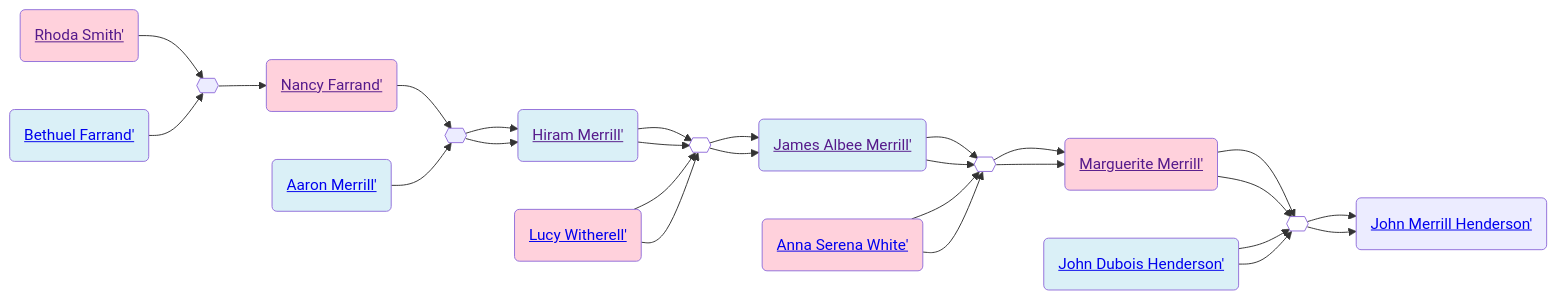
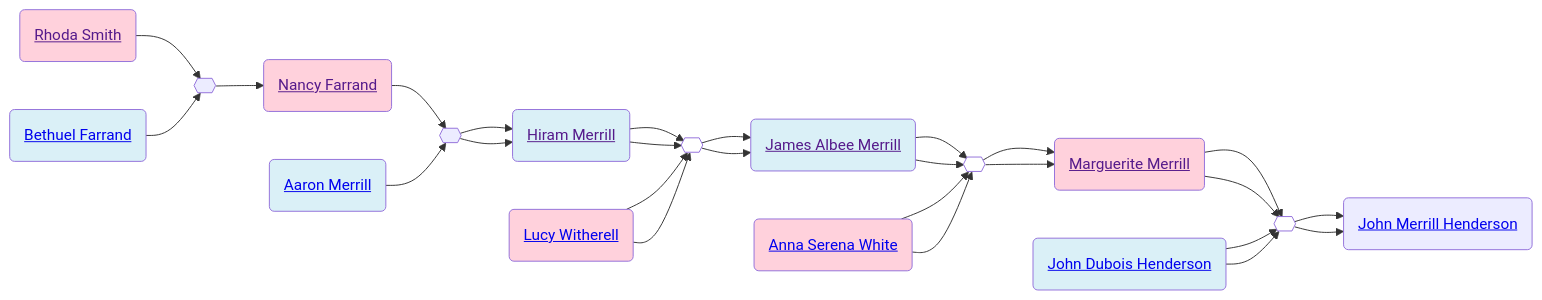
One commit to neelsmith/avocational changed the diagram in familyhistory/sources/people/Merrill-line/Rhoda_Smith.qmd. Above: the diagram before and after it, drawn with Mermaid. The commit also changed 96 other files, not shown here.

````diff
--- a/familyhistory/sources/people/Merrill-line/Rhoda_Smith.qmd
+++ b/familyhistory/sources/people/Merrill-line/Rhoda_Smith.qmd
@@ -26,59 +26,59 @@
 ```{mermaid}
 graph LR
 %% LR descendant diagram
 class Rhoda_Smith_and_Bethuel_Farrand marriage
-Rhoda_Smith(<a href=''>Rhoda Smith'</>) --> Rhoda_Smith_and_Bethuel_Farrand{{ }}
-Bethuel_Farrand(<a href='./White-line/Grandey/Bethuel_Farrand.html'>Bethuel Farrand'</>) --> Rhoda_Smith_and_Bethuel_Farrand{{ }}
+Rhoda_Smith(<a href=''>Rhoda Smith</a>) --> Rhoda_Smith_and_Bethuel_Farrand{{ }}
+Bethuel_Farrand(<a href='./White-line/Grandey/Bethuel_Farrand.html'>Bethuel Farrand</a>) --> Rhoda_Smith_and_Bethuel_Farrand{{ }}
 class Bethuel_Farrand father
 class Rhoda_Smith mother
-Rhoda_Smith_and_Bethuel_Farrand{{ }} --> Nancy_Farrand(<a href='./Nancy_Farrand.html'>Nancy Farrand'</>)
+Rhoda_Smith_and_Bethuel_Farrand{{ }} --> Nancy_Farrand(<a href='./Nancy_Farrand.html'>Nancy Farrand</a>)
 class Nancy_Farrand_and_Aaron_Merrill marriage
-Nancy_Farrand(<a href=''>Nancy Farrand'</>) --> Nancy_Farrand_and_Aaron_Merrill{{ }}
-Aaron_Merrill(<a href='./Aaron_Merrill.html'>Aaron Merrill'</>) --> Nancy_Farrand_and_Aaron_Merrill{{ }}
+Nancy_Farrand(<a href=''>Nancy Farrand</a>) --> Nancy_Farrand_and_Aaron_Merrill{{ }}
+Aaron_Merrill(<a href='./Aaron_Merrill.html'>Aaron Merrill</a>) --> Nancy_Farrand_and_Aaron_Merrill{{ }}
 class Aaron_Merrill father
 class Nancy_Farrand mother
-Nancy_Farrand_and_Aaron_Merrill{{ }} --> Hiram_Merrill(<a href='./Hiram_Merrill.html'>Hiram Merrill'</>)
+Nancy_Farrand_and_Aaron_Merrill{{ }} --> Hiram_Merrill(<a href='./Hiram_Merrill.html'>Hiram Merrill</a>)
 class Hiram_Merrill_and_Lucy_Witherell marriage
-Hiram_Merrill(<a href=''>Hiram Merrill'</>) --> Hiram_Merrill_and_Lucy_Witherell{{ }}
-Lucy_Witherell(<a href='./Lucy_Witherell.html'>Lucy Witherell'</>) --> Hiram_Merrill_and_Lucy_Witherell{{ }}
+Hiram_Merrill(<a href=''>Hiram Merrill</a>) --> Hiram_Merrill_and_Lucy_Witherell{{ }}
+Lucy_Witherell(<a href='./Lucy_Witherell.html'>Lucy Witherell</a>) --> Hiram_Merrill_and_Lucy_Witherell{{ }}
 class Hiram_Merrill father
 class Lucy_Witherell mother
-Hiram_Merrill_and_Lucy_Witherell{{ }} --> James_Albee_Merrill(<a href='./James_Albee_Merrill.html'>James Albee Merrill'</>)
+Hiram_Merrill_and_Lucy_Witherell{{ }} --> James_Albee_Merrill(<a href='./James_Albee_Merrill.html'>James Albee Merrill</a>)
 class James_Albee_Merrill_and_Anna_Serena_White marriage
-James_Albee_Merrill(<a href=''>James Albee Merrill'</>) --> James_Albee_Merrill_and_Anna_Serena_White{{ }}
-Anna_Serena_White(<a href='./White-line/Anna_Serena_White.html'>Anna Serena White'</>) --> James_Albee_Merrill_and_Anna_Serena_White{{ }}
+James_Albee_Merrill(<a href=''>James Albee Merrill</a>) --> James_Albee_Merrill_and_Anna_Serena_White{{ }}
+Anna_Serena_White(<a href='./White-line/Anna_Serena_White.html'>Anna Serena White</a>) --> James_Albee_Merrill_and_Anna_Serena_White{{ }}
 class James_Albee_Merrill father
 class Anna_Serena_White mother
-James_Albee_Merrill_and_Anna_Serena_White{{ }} --> Marguerite_Merrill(<a href='./Marguerite_Merrill.html'>Marguerite Merrill'</>)
+James_Albee_Merrill_and_Anna_Serena_White{{ }} --> Marguerite_Merrill(<a href='./Marguerite_Merrill.html'>Marguerite Merrill</a>)
 class Marguerite_Merrill_and_John_Dubois_Henderson marriage
-Marguerite_Merrill(<a href=''>Marguerite Merrill'</>) --> Marguerite_Merrill_and_John_Dubois_Henderson{{ }}
-John_Dubois_Henderson(<a href='./../Henderson-line/John_Dubois_Henderson.html'>John Dubois Henderson'</>) --> Marguerite_Merrill_and_John_Dubois_Henderson{{ }}
+Marguerite_Merrill(<a href=''>Marguerite Merrill</a>) --> Marguerite_Merrill_and_John_Dubois_Henderson{{ }}
+John_Dubois_Henderson(<a href='./../Henderson-line/John_Dubois_Henderson.html'>John Dubois Henderson</a>) --> Marguerite_Merrill_and_John_Dubois_Henderson{{ }}
 class John_Dubois_Henderson father
 class Marguerite_Merrill mother
-Marguerite_Merrill_and_John_Dubois_Henderson{{ }} --> John_Merrill_Henderson(<a href='./../Henderson-line/John_Merrill_Henderson.html'>John Merrill Henderson'</>)
+Marguerite_Merrill_and_John_Dubois_Henderson{{ }} --> John_Merrill_Henderson(<a href='./../Henderson-line/John_Merrill_Henderson.html'>John Merrill Henderson</a>)
 class Aaron_Merrill father
 class Nancy_Farrand mother
-Nancy_Farrand_and_Aaron_Merrill{{ }} --> Hiram_Merrill(<a href='./Hiram_Merrill.html'>Hiram Merrill'</>)
+Nancy_Farrand_and_Aaron_Merrill{{ }} --> Hiram_Merrill(<a href='./Hiram_Merrill.html'>Hiram Merrill</a>)
 class Hiram_Merrill_and_Lucy_Witherell marriage
-Hiram_Merrill(<a href=''>Hiram Merrill'</>) --> Hiram_Merrill_and_Lucy_Witherell{{ }}
-Lucy_Witherell(<a href='./Lucy_Witherell.html'>Lucy Witherell'</>) --> Hiram_Merrill_and_Lucy_Witherell{{ }}
+Hiram_Merrill(<a href=''>Hiram Merrill</a>) --> Hiram_Merrill_and_Lucy_Witherell{{ }}
+Lucy_Witherell(<a href='./Lucy_Witherell.html'>Lucy Witherell</a>) --> Hiram_Merrill_and_Lucy_Witherell{{ }}
 class Hiram_Merrill father
 class Lucy_Witherell mother
-Hiram_Merrill_and_Lucy_Witherell{{ }} --> James_Albee_Merrill(<a href='./James_Albee_Merrill.html'>James Albee Merrill'</>)
+Hiram_Merrill_and_Lucy_Witherell{{ }} --> James_Albee_Merrill(<a href='./James_Albee_Merrill.html'>James Albee Merrill</a>)
 class James_Albee_Merrill_and_Anna_Serena_White marriage
-James_Albee_Merrill(<a href=''>James Albee Merrill'</>) --> James_Albee_Merrill_and_Anna_Serena_White{{ }}
-Anna_Serena_White(<a href='./White-line/Anna_Serena_White.html'>Anna Serena White'</>) --> James_Albee_Merrill_and_Anna_Serena_White{{ }}
+James_Albee_Merrill(<a href=''>James Albee Merrill</a>) --> James_Albee_Merrill_and_Anna_Serena_White{{ }}
+Anna_Serena_White(<a href='./White-line/Anna_Serena_White.html'>Anna Serena White</a>) --> James_Albee_Merrill_and_Anna_Serena_White{{ }}
 class James_Albee_Merrill father
 class Anna_Serena_White mother
-James_Albee_Merrill_and_Anna_Serena_White{{ }} --> Marguerite_Merrill(<a href='./Marguerite_Merrill.html'>Marguerite Merrill'</>)
+James_Albee_Merrill_and_Anna_Serena_White{{ }} --> Marguerite_Merrill(<a href='./Marguerite_Merrill.html'>Marguerite Merrill</a>)
 class Marguerite_Merrill_and_John_Dubois_Henderson marriage
-Marguerite_Merrill(<a href=''>Marguerite Merrill'</>) --> Marguerite_Merrill_and_John_Dubois_Henderson{{ }}
-John_Dubois_Henderson(<a href='./../Henderson-line/John_Dubois_Henderson.html'>John Dubois Henderson'</>) --> Marguerite_Merrill_and_John_Dubois_Henderson{{ }}
+Marguerite_Merrill(<a href=''>Marguerite Merrill</a>) --> Marguerite_Merrill_and_John_Dubois_Henderson{{ }}
+John_Dubois_Henderson(<a href='./../Henderson-line/John_Dubois_Henderson.html'>John Dubois Henderson</a>) --> Marguerite_Merrill_and_John_Dubois_Henderson{{ }}
 class John_Dubois_Henderson father
 class Marguerite_Merrill mother
-Marguerite_Merrill_and_John_Dubois_Henderson{{ }} --> John_Merrill_Henderson(<a href='./../Henderson-line/John_Merrill_Henderson.html'>John Merrill Henderson'</>)
+Marguerite_Merrill_and_John_Dubois_Henderson{{ }} --> John_Merrill_Henderson(<a href='./../Henderson-line/John_Merrill_Henderson.html'>John Merrill Henderson</a>)
 classDef mother fill:#ffd1dc
 classDef father fill:#daf0f7  
 classDef marriage fill:#ffffff
 
 ```
````
